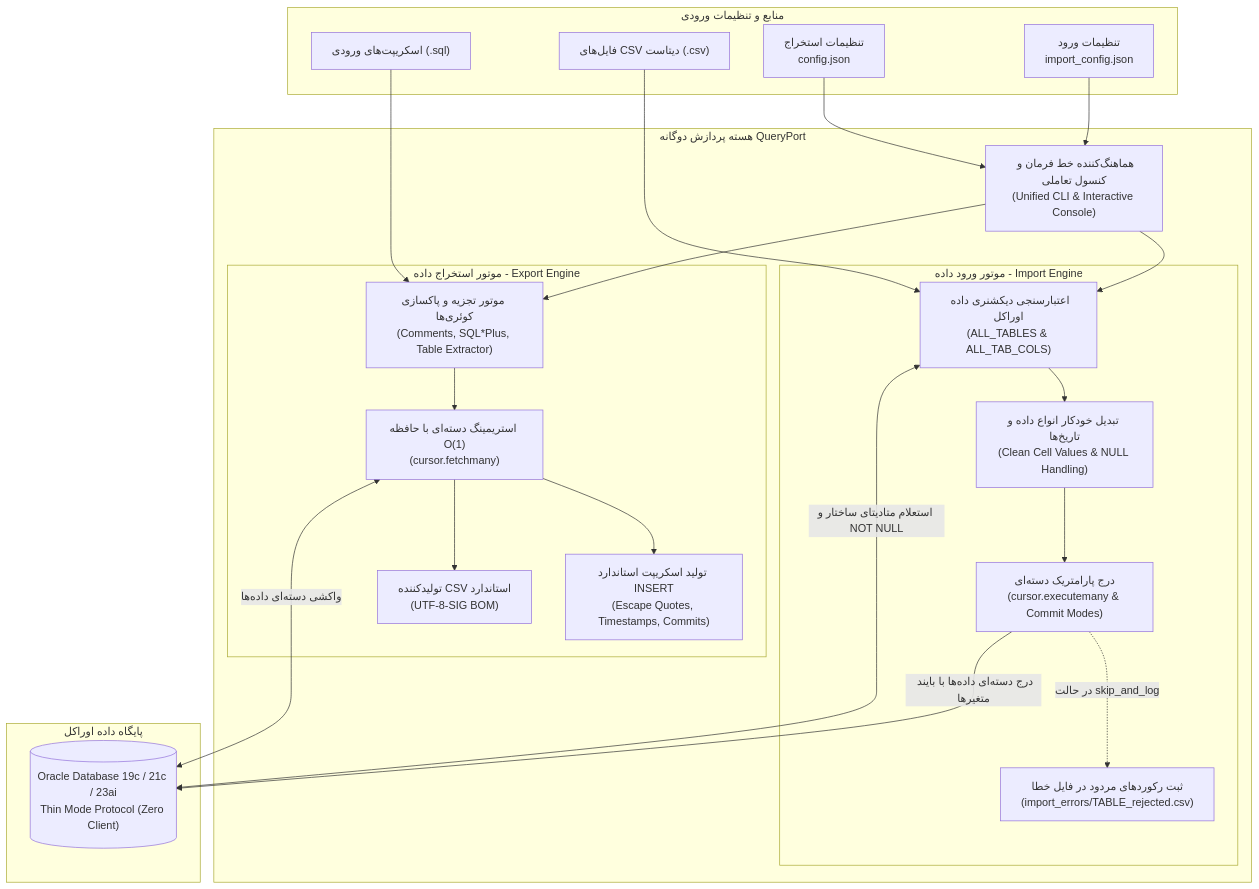
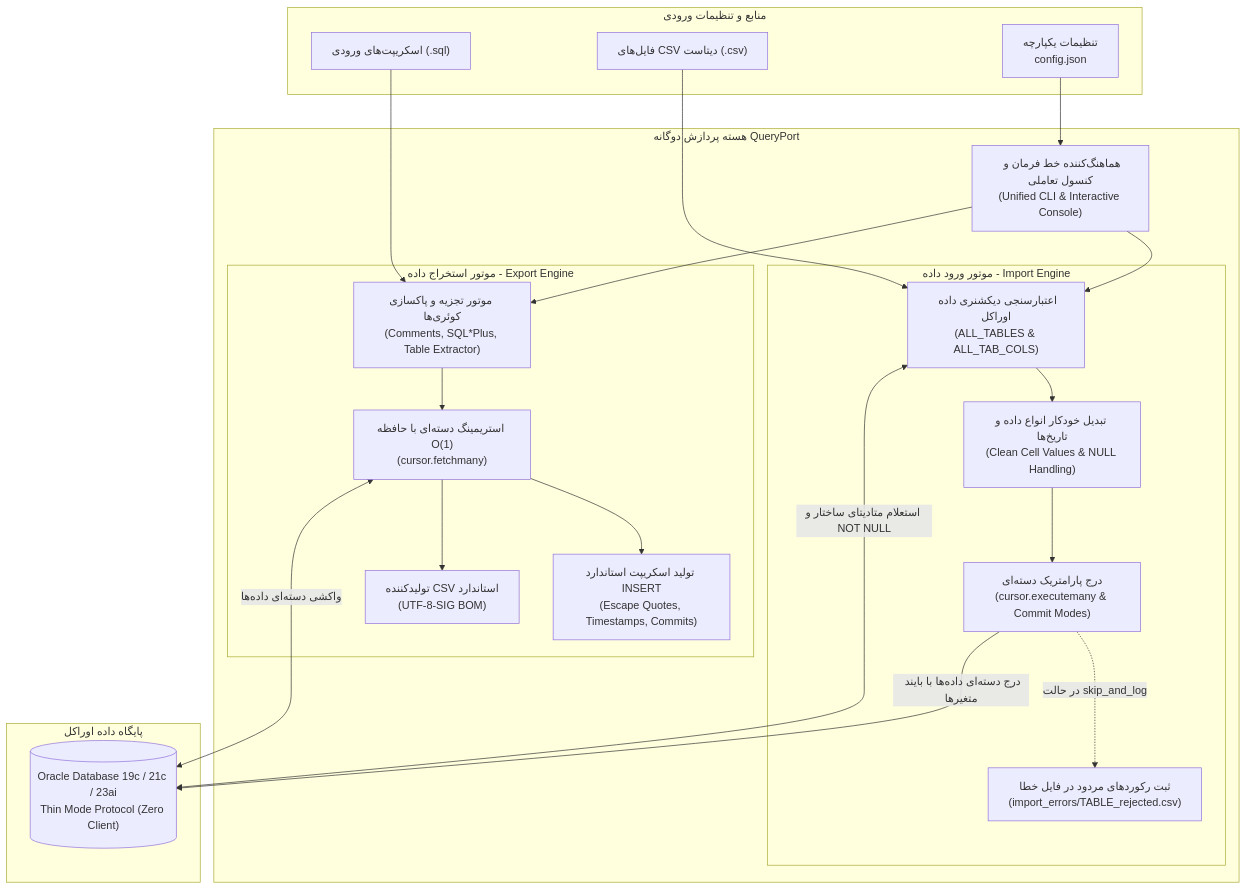
One commit to hamid-morsali-786/QueryPort changed the diagram in README.md. Above: the diagram before and after it, drawn with Mermaid. The commit also changed other lines of this file and 14 other files, not shown here.

````diff
--- a/README.md
+++ b/README.md
@@ -115,50 +115,48 @@
 ```mermaid
 flowchart TD
     subgraph منابع و تنظیمات ورودی
         SQLIn["اسکریپت‌های ورودی (.sql)"]
         CSVIn["فایل‌های CSV دیتاست (.csv)"]
-        ConfigExp["تنظیمات استخراج<br/>config.json"]
-        ConfigImp["تنظیمات ورود<br/>import_config.json"]
+        Config["تنظیمات یکپارچه<br/>config.json"]
     end
 
     subgraph هسته پردازش دوگانه QueryPort
         CLI["هماهنگ‌کننده خط فرمان و کنسول تعاملی<br/>(Unified CLI & Interactive Console)"]
         
         subgraph موتور استخراج داده - Export Engine
             Parser["موتور تجزیه و پاکسازی کوئری‌ها<br/>(Comments, SQL*Plus, Table Extractor)"]
             StreamExp["استریمینگ دسته‌ای با حافظه O(1)<br/>(cursor.fetchmany)"]
             CSVGen["تولیدکننده CSV استاندارد<br/>(UTF-8-SIG BOM)"]
             SQLGen["تولید اسکریپت استاندارد INSERT<br/>(Escape Quotes, Timestamps, Commits)"]
         end
 
         subgraph موتور ورود داده - Import Engine
             Validator["اعتبارسنجی دیکشنری داده اوراکل<br/>(ALL_TABLES & ALL_TAB_COLS)"]
             Cleaner["تبدیل خودکار انواع داده و تاریخ‌ها<br/>(Clean Cell Values & NULL Handling)"]
             Batcher["درج پارامتریک دسته‌ای<br/>(cursor.executemany & Commit Modes)"]
             ErrLog["ثبت رکوردهای مردود در فایل خطا<br/>(import_errors/TABLE_rejected.csv)"]
         end
     end
 
     subgraph پایگاه داده اوراکل
         Oracle[("Oracle Database 19c / 21c / 23ai<br/>Thin Mode Protocol (Zero Client)")]
     end
 
-    ConfigExp --> CLI
-    ConfigImp --> CLI
+    Config --> CLI
     SQLIn --> Parser
     CSVIn --> Validator
 
     CLI --> Parser
     CLI --> Validator
 
     Parser --> StreamExp
     StreamExp <-->|"واکشی دسته‌ای داده‌ها"| Oracle
     StreamExp --> CSVGen
     StreamExp --> SQLGen
 
     Validator <-->|"استعلام متادیتای ساختار و NOT NULL"| Oracle
     Validator --> Cleaner
     Cleaner --> Batcher
     Batcher -->|"درج دسته‌ای داده‌ها با بایند متغیرها"| Oracle
     Batcher -.->|"در حالت skip_and_log"| ErrLog
 ```
````
